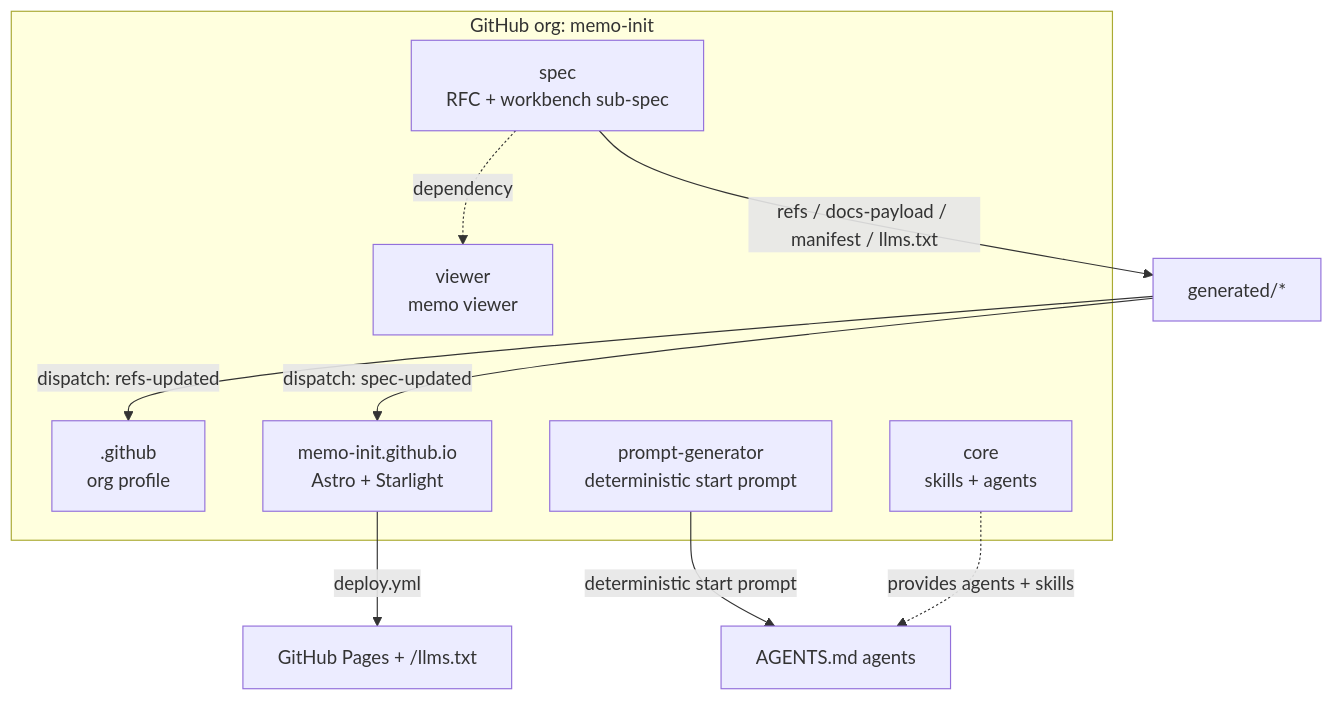
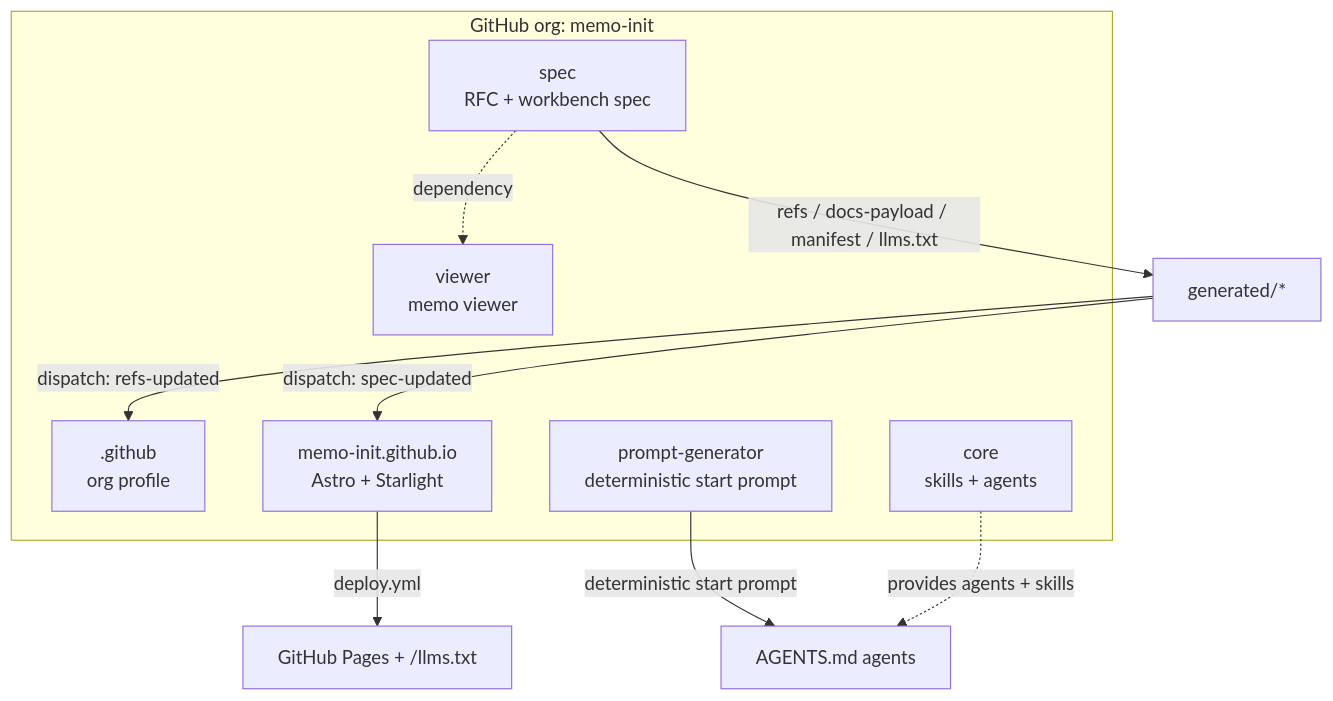
Before and after one commit to Memo-Init/spec: the diagram in generated/docs-payload/00-overview.md, drawn with Mermaid. The commit also changed other lines of this file and 101 other files, not shown here.

First line of the commit message:
[MEMO] M043 workbench sibling spec + plumbing

````diff
--- a/generated/docs-payload/00-overview.md
+++ b/generated/docs-payload/00-overview.md
@@ -58,19 +58,19 @@
 ```mermaid
 flowchart TD
     subgraph ORG["GitHub org: memo-init"]
-        SPEC["spec\nRFC + workbench sub-spec"]
+        SPEC["spec\nRFC + workbench spec"]
         GH[".github\norg profile"]
         SITE["memo-init.github.io\nAstro + Starlight"]
         VIEW["viewer\nmemo viewer"]
         PG["prompt-generator\ndeterministic start prompt"]
         CORE["core\nskills + agents"]
     end
 
     SPEC -->|"refs / docs-payload / manifest / llms.txt"| GEN["generated/*"]
     GEN -->|"dispatch: refs-updated"| GH
     GEN -->|"dispatch: spec-updated"| SITE
     SITE -->|"deploy.yml"| PAGES["GitHub Pages + /llms.txt"]
     SPEC -. dependency .-> VIEW
     PG -->|"deterministic start prompt"| AGENTS["AGENTS.md agents"]
     CORE -. provides agents + skills .-> AGENTS
 ```
````
